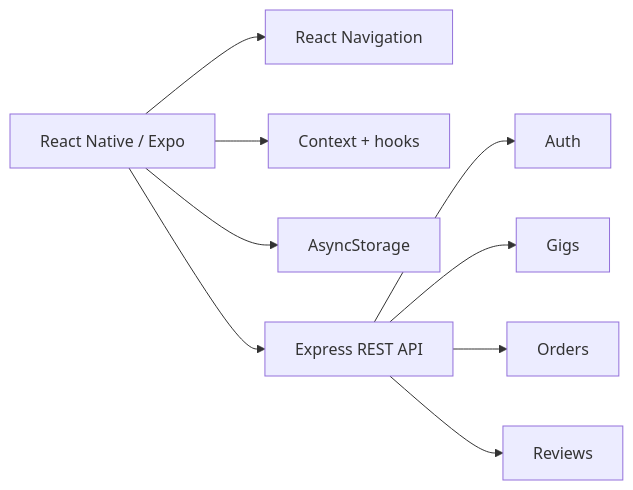
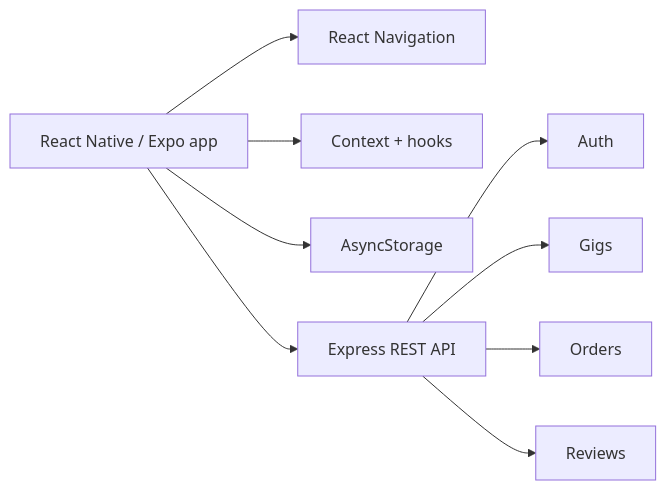
One commit to lDomio/ai-do-it changed the diagram in README.md. Above: the diagram before and after it, drawn with Mermaid. The commit also changed other lines of this file and 284 other files, not shown here.

````diff
--- a/README.md
+++ b/README.md
@@ -29,11 +32,11 @@
 ```mermaid
 flowchart LR
-    APP[React Native / Expo] --> NAV[React Navigation]
+    APP[React Native / Expo app] --> NAV[React Navigation]
     APP --> CTX[Context + hooks]
     APP --> STORAGE[AsyncStorage]
     APP --> API[Express REST API]
     API --> AUTH[Auth]
     API --> GIGS[Gigs]
     API --> ORDERS[Orders]
     API --> REVIEWS[Reviews]
 ```
````
